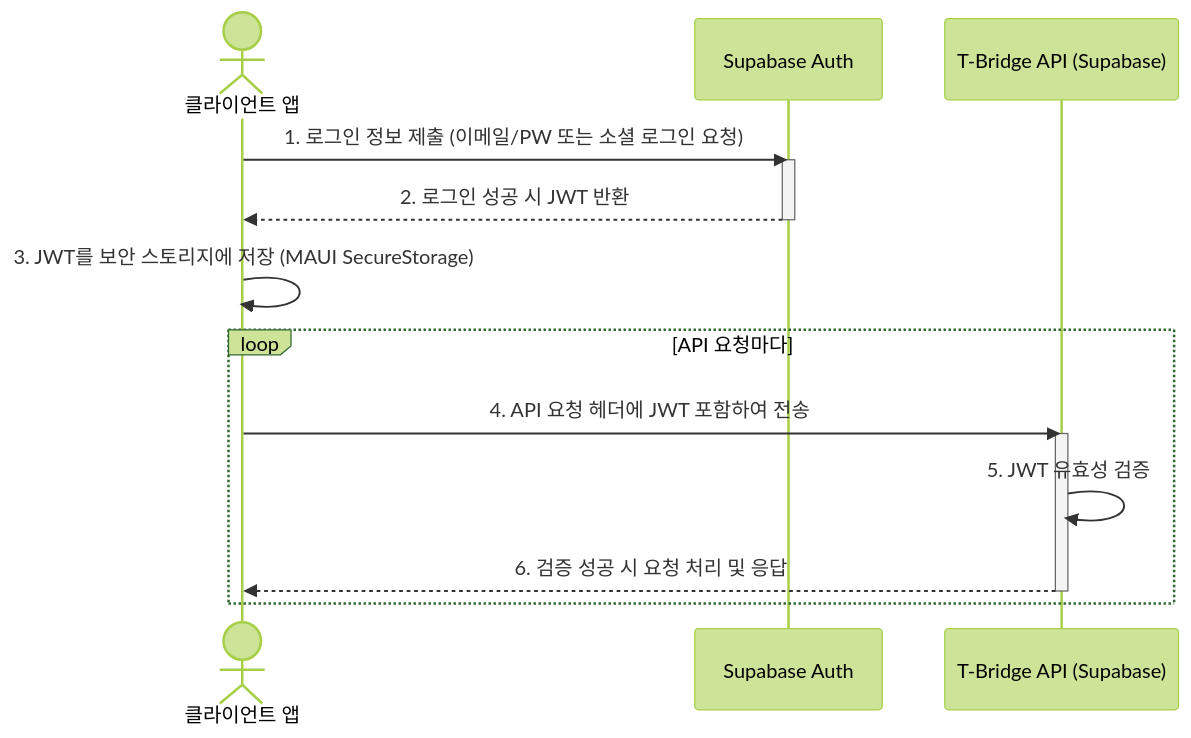
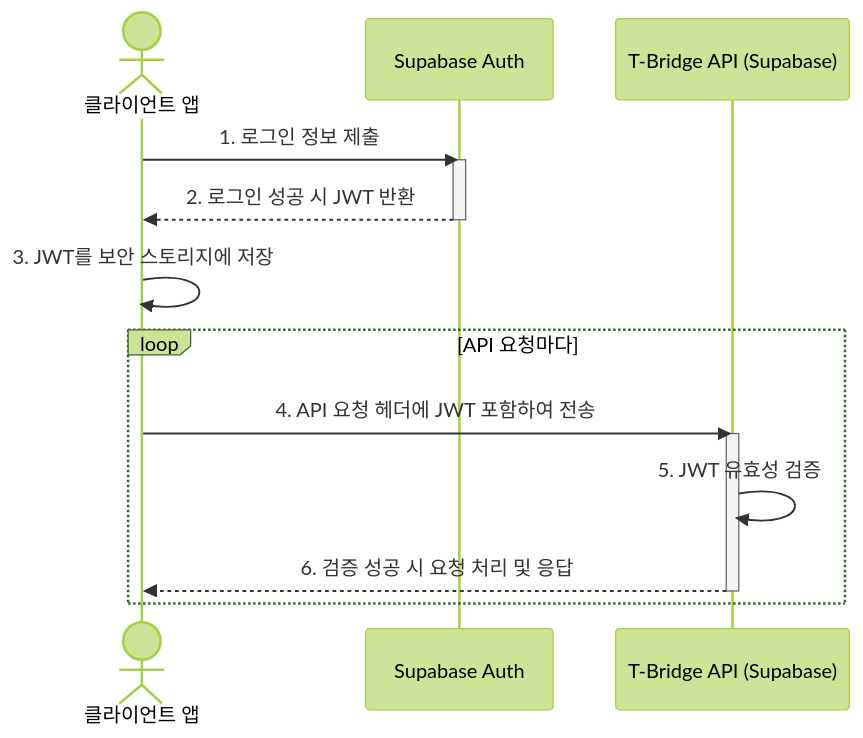
Before and after one commit to bbaggome/somang: the diagram in somang_documents/somang_documents/설계/인증및보안설계.md, drawn with Mermaid (forest theme). The commit also changed other lines of this file and 309 other files, not shown here.

````diff
--- a/somang_documents/somang_documents/설계/인증및보안설계.md
+++ b/somang_documents/somang_documents/설계/인증및보안설계.md
@@ -17,21 +15,21 @@
 ```mermaid
 sequenceDiagram
     actor Client as 클라이언트 앱
     participant Auth as Supabase Auth
     participant Api as T-Bridge API (Supabase)
 
-    Client->>Auth: 1. 로그인 정보 제출 (이메일/PW 또는 소셜 로그인 요청)
+    Client->>Auth: 1. 로그인 정보 제출
     activate Auth
     Auth-->>Client: 2. 로그인 성공 시 JWT 반환
     deactivate Auth
 
-    Client->>Client: 3. JWT를 보안 스토리지에 저장 (MAUI SecureStorage)
+    Client->>Client: 3. JWT를 보안 스토리지에 저장
 
     loop API 요청마다
         Client->>Api: 4. API 요청 헤더에 JWT 포함하여 전송
         activate Api
         Api->>Api: 5. JWT 유효성 검증
         Api-->>Client: 6. 검증 성공 시 요청 처리 및 응답
         deactivate Api
     end
 ```
````
